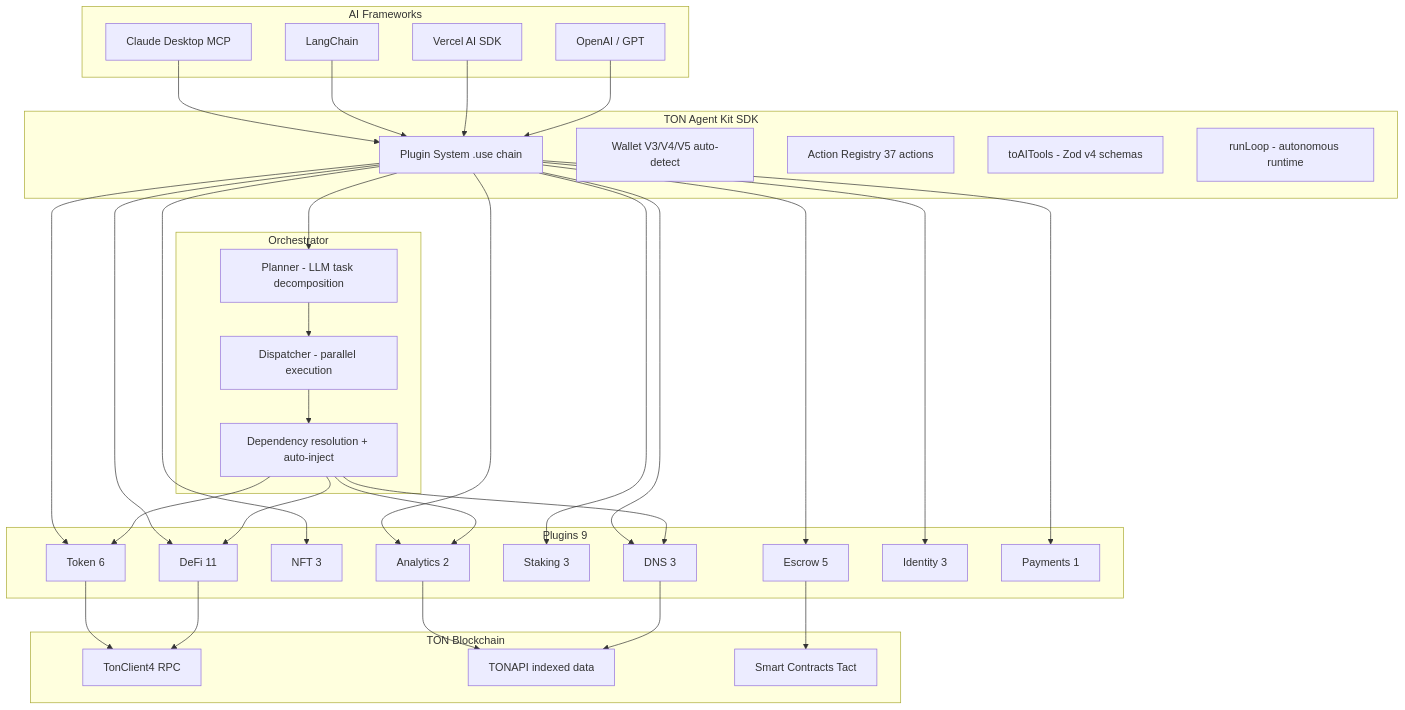
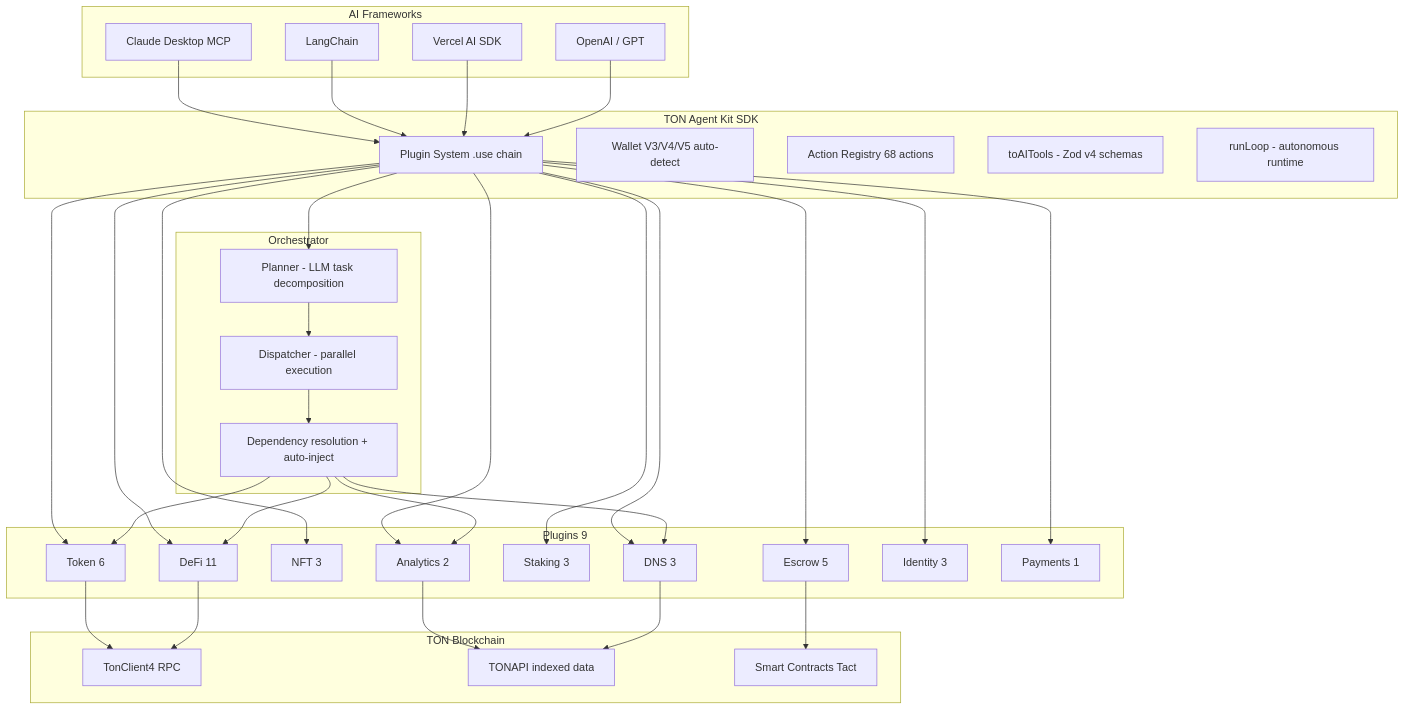
The second of 4 diagrams in README.md (Andy00L/ton-agent-kit), drawn with Mermaid before and after one commit. The commit also changed other lines of this file and 48 other files, not shown here.

Commit message:
docs: complete documentation update - README, ARCHITECTURE, docs/, JSDoc on all exports

````diff
--- a/README.md
+++ b/README.md
@@ -826,71 +852,71 @@
 ```mermaid
 graph TD
     subgraph "AI Frameworks"
         CD[Claude Desktop MCP]
         LC[LangChain]
         VA[Vercel AI SDK]
         OA[OpenAI / GPT]
     end
 
     subgraph "Orchestrator"
         PL[Planner - LLM task decomposition]
         DP[Dispatcher - parallel execution]
         DR[Dependency resolution + auto-inject]
     end
 
     subgraph "TON Agent Kit SDK"
         PS[Plugin System .use chain]
         WA[Wallet V3/V4/V5 auto-detect]
-        AR[Action Registry 37 actions]
+        AR[Action Registry 68 actions]
         AT[toAITools - Zod v4 schemas]
         RL[runLoop - autonomous runtime]
     end
 
     subgraph "Plugins 9"
         TK[Token 6]
         DF[DeFi 11]
         NF[NFT 3]
         DN[DNS 3]
         ST[Staking 3]
         AN[Analytics 2]
         ES[Escrow 5]
         ID[Identity 3]
         PM[Payments 1]
     end
 
     subgraph "TON Blockchain"
         TC[TonClient4 RPC]
         TA[TONAPI indexed data]
         SC[Smart Contracts Tact]
     end
 
     CD --> PS
     LC --> PS
     VA --> PS
     OA --> PS
 
     PS --> PL
     PL --> DP
     DP --> DR
 
     PS --> TK
     PS --> DF
     PS --> NF
     PS --> DN
     PS --> ST
     PS --> AN
     PS --> ES
     PS --> ID
     PS --> PM
 
     DR --> TK
     DR --> DF
     DR --> DN
     DR --> AN
 
     TK --> TC
     DF --> TC
     ES --> SC
     AN --> TA
     DN --> TA
 ```
````
